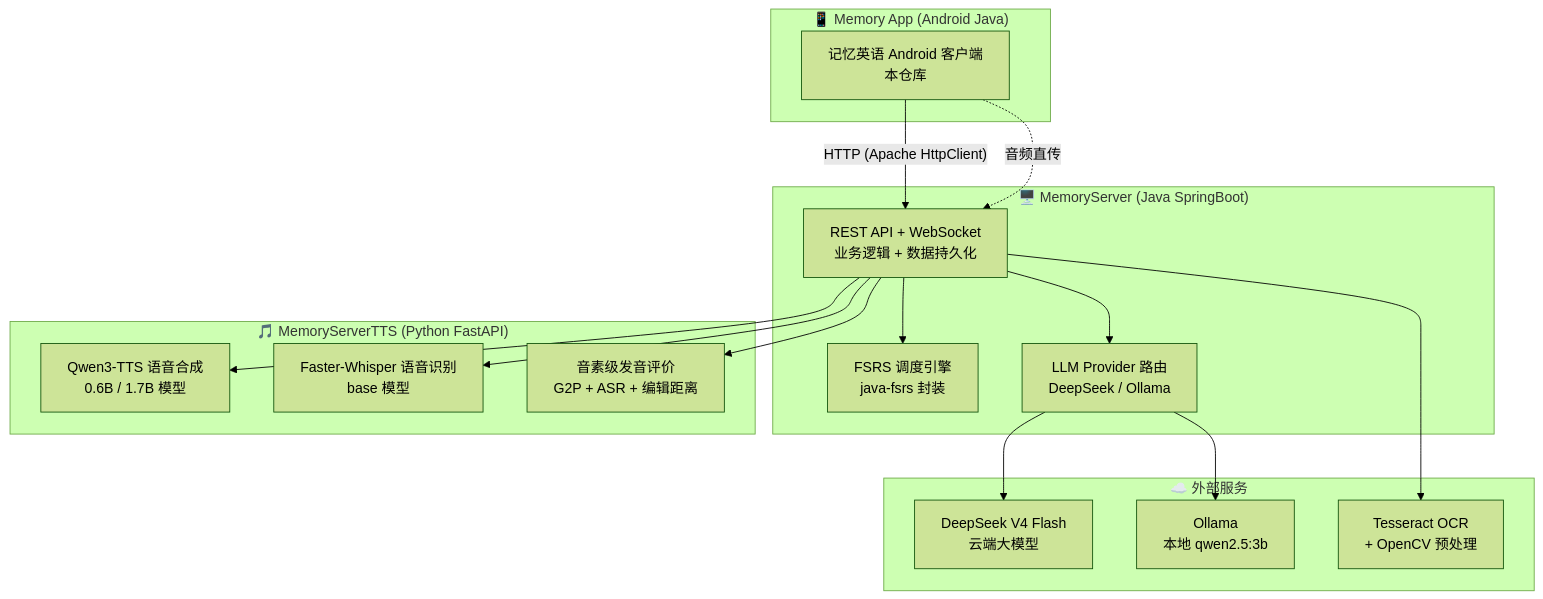
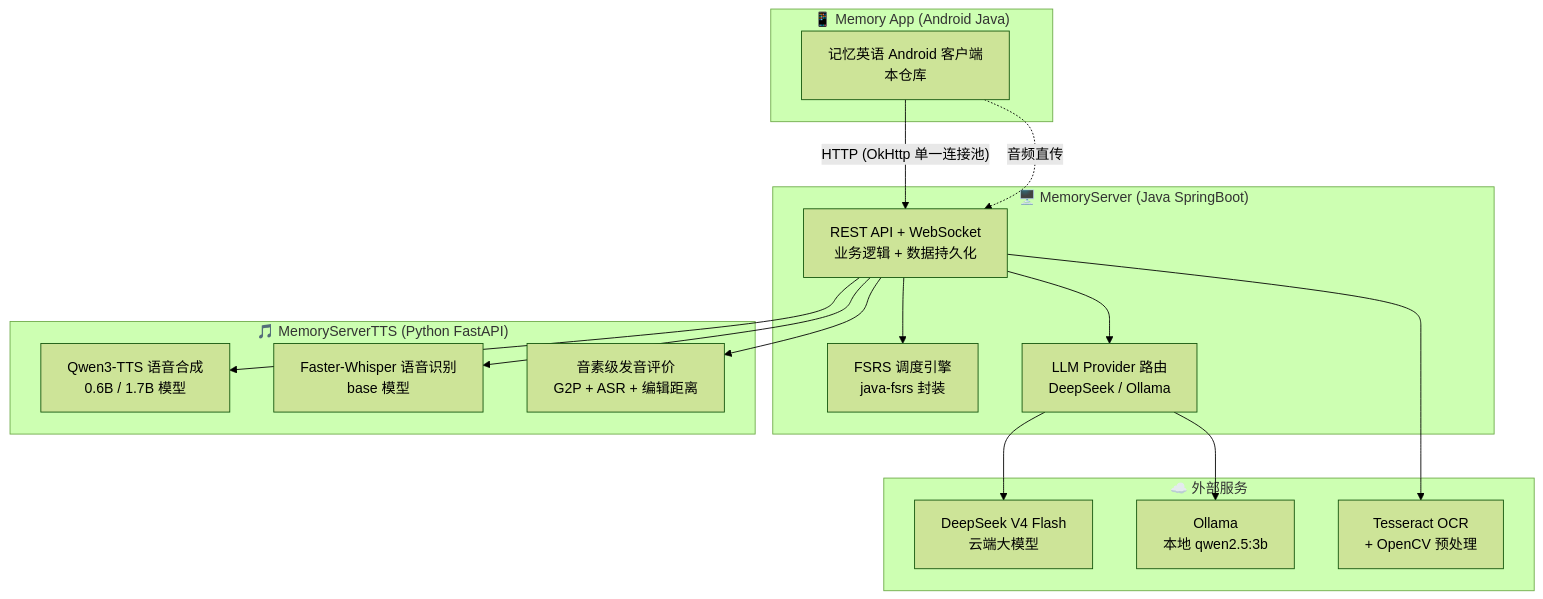
Before and after one commit to pudaa/Memory: the first of 11 diagrams in docs/project-technical-documentation.md, drawn with Mermaid (forest theme). The commit also changed other lines of this file and 51 other files, not shown here.

````diff
--- a/docs/project-technical-documentation.md
+++ b/docs/project-technical-documentation.md
@@ -47,35 +47,35 @@
 ```mermaid
 graph TB
     subgraph "📱 Memory App (Android Java)"
         APP["记忆英语 Android 客户端<br/>本仓库"]
     end
 
     subgraph "🖥️ MemoryServer (Java SpringBoot)"
         API["REST API + WebSocket<br/>业务逻辑 + 数据持久化"]
         FSRS["FSRS 调度引擎<br/>java-fsrs 封装"]
         AI_ROUTE["LLM Provider 路由<br/>DeepSeek / Ollama"]
     end
 
     subgraph "🎵 MemoryServerTTS (Python FastAPI)"
         TTS["Qwen3-TTS 语音合成<br/>0.6B / 1.7B 模型"]
         ASR["Faster-Whisper 语音识别<br/>base 模型"]
         PHON["音素级发音评价<br/>G2P + ASR + 编辑距离"]
     end
 
     subgraph "☁️ 外部服务"
         DS["DeepSeek V4 Flash<br/>云端大模型"]
         OLLAMA["Ollama<br/>本地 qwen2.5:3b"]
         TESSERACT["Tesseract OCR<br/>+ OpenCV 预处理"]
     end
 
-    APP -->|"HTTP (Apache HttpClient)"| API
+    APP -->|"HTTP (OkHttp 单一连接池)"| API
     APP -.->|"音频直传"| API
     API --> FSRS
     API --> AI_ROUTE
     API --> TTS
     API --> ASR
     API --> PHON
     AI_ROUTE --> DS
     AI_ROUTE --> OLLAMA
     API --> TESSERACT
 ```
````
